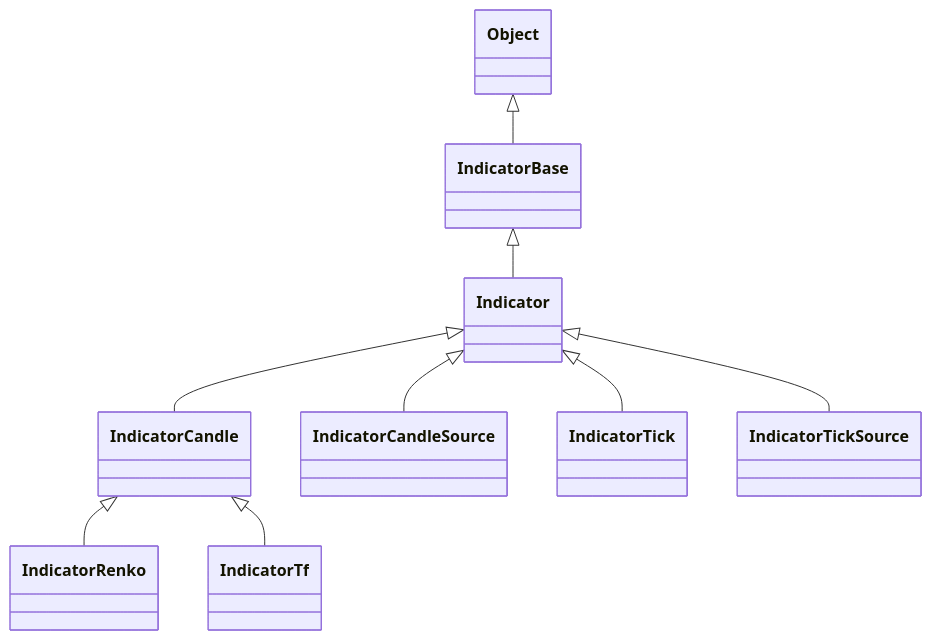
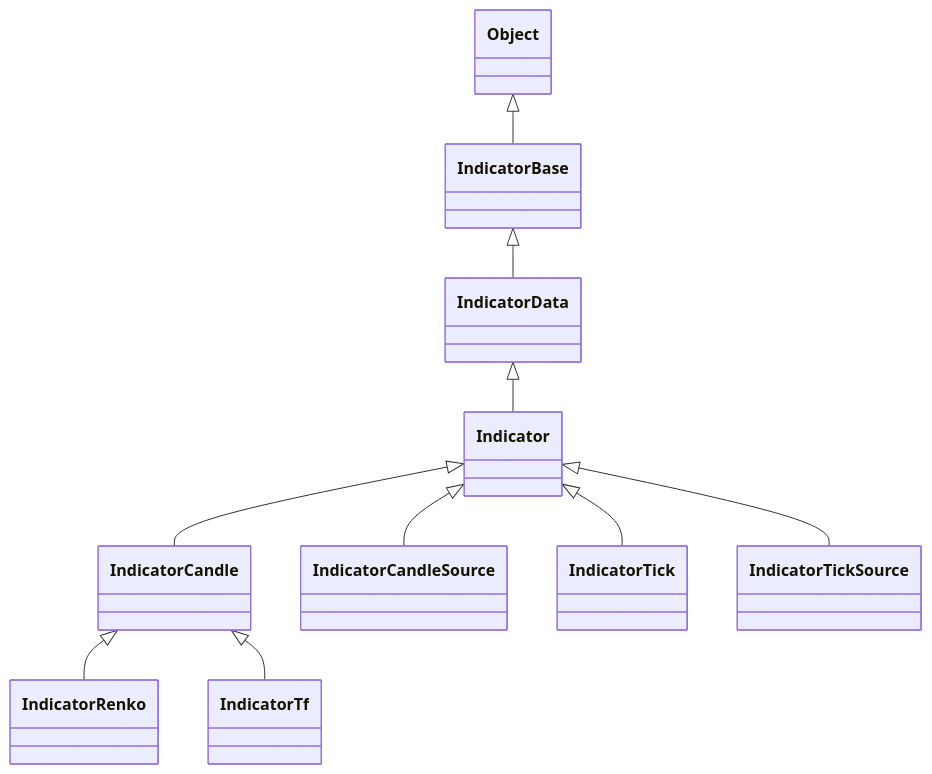
Before and after one commit to EA31337/EA31337-classes: the diagram in Indicator/README.md, drawn with Mermaid. The commit also changed other lines of this file and 3 other files, not shown here.

````diff
--- a/Indicator/README.md
+++ b/Indicator/README.md
@@ -9,11 +9,12 @@
 ```mermaid
 classDiagram
   Object <|-- IndicatorBase
-  IndicatorBase <|-- Indicator
+  IndicatorBase <|-- IndicatorData
+  IndicatorData <|-- Indicator
   Indicator <|-- IndicatorCandle
   Indicator <|-- IndicatorCandleSource
   Indicator <|-- IndicatorTick
   Indicator <|-- IndicatorTickSource
   IndicatorCandle <|-- IndicatorRenko
   IndicatorCandle <|-- IndicatorTf
 ```
````
